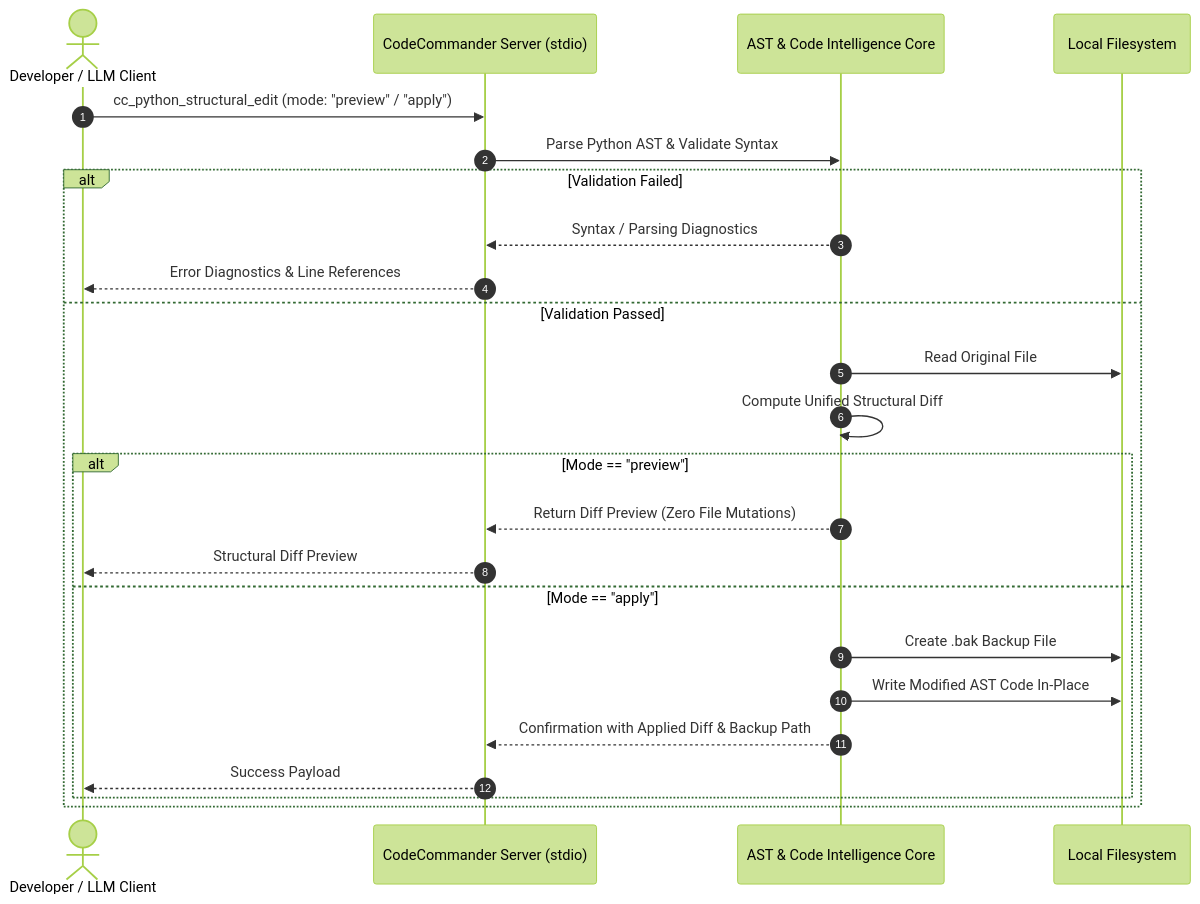
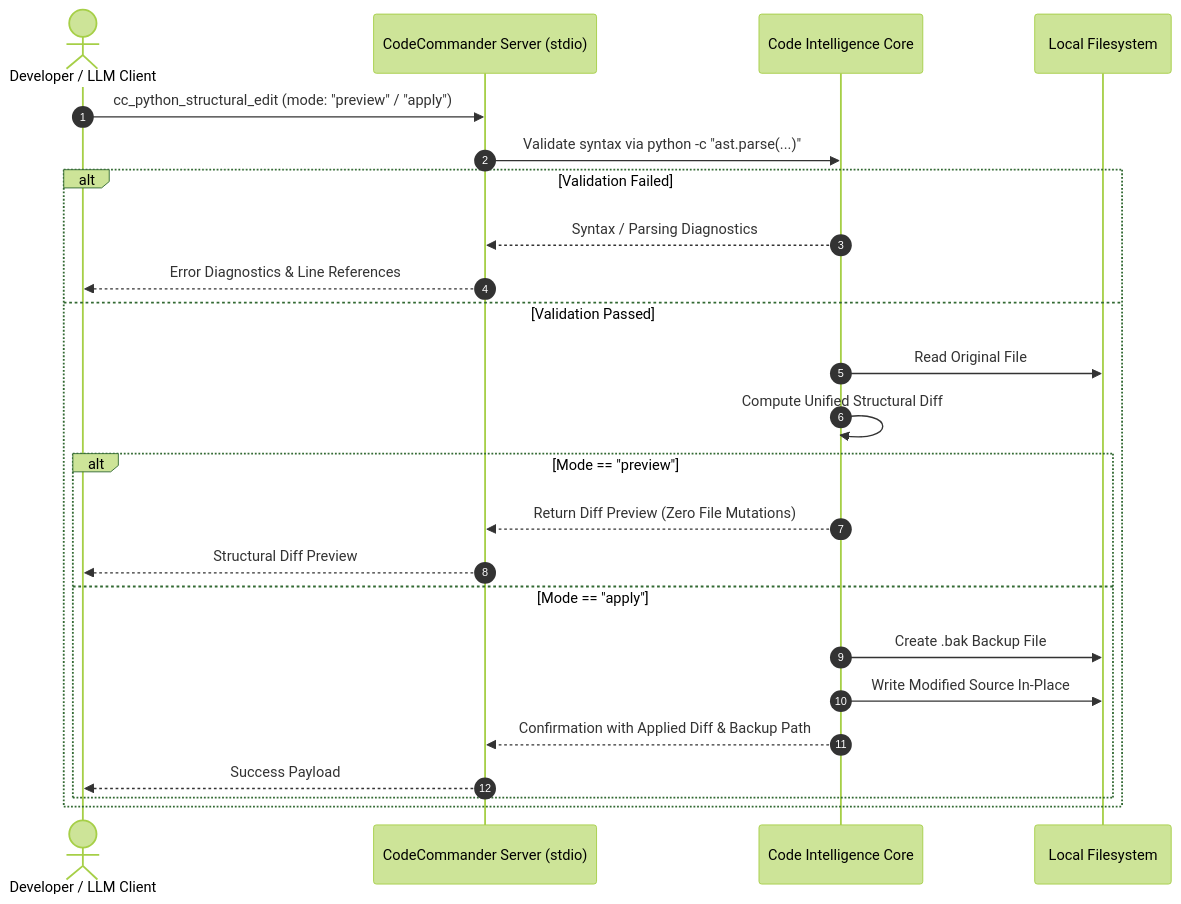
One commit to ellmos-ai/ellmos-codecommander-mcp changed the second of 2 diagrams in README.md. Above: the diagram before and after it, drawn with Mermaid (forest theme). The commit also changed other lines of this file and 2 other files, not shown here.

````diff
--- a/README.md
+++ b/README.md
@@ -90,27 +90,27 @@
 ```mermaid
 sequenceDiagram
     autonumber
     actor Developer as Developer / LLM Client
     participant Stdio as CodeCommander Server (stdio)
-    participant Core as AST & Code Intelligence Core
+    participant Core as Code Intelligence Core
     participant Disk as Local Filesystem
 
     Developer->>Stdio: cc_python_structural_edit (mode: "preview" / "apply")
-    Stdio->>Core: Parse Python AST & Validate Syntax
+    Stdio->>Core: Validate syntax via python -c "ast.parse(...)"
     alt Validation Failed
         Core-->>Stdio: Syntax / Parsing Diagnostics
         Stdio-->>Developer: Error Diagnostics & Line References
     else Validation Passed
         Core->>Disk: Read Original File
         Core->>Core: Compute Unified Structural Diff
         alt Mode == "preview"
             Core-->>Stdio: Return Diff Preview (Zero File Mutations)
             Stdio-->>Developer: Structural Diff Preview
         else Mode == "apply"
             Core->>Disk: Create .bak Backup File
-            Core->>Disk: Write Modified AST Code In-Place
+            Core->>Disk: Write Modified Source In-Place
             Core-->>Stdio: Confirmation with Applied Diff & Backup Path
             Stdio-->>Developer: Success Payload
         end
     end
 ```
````
